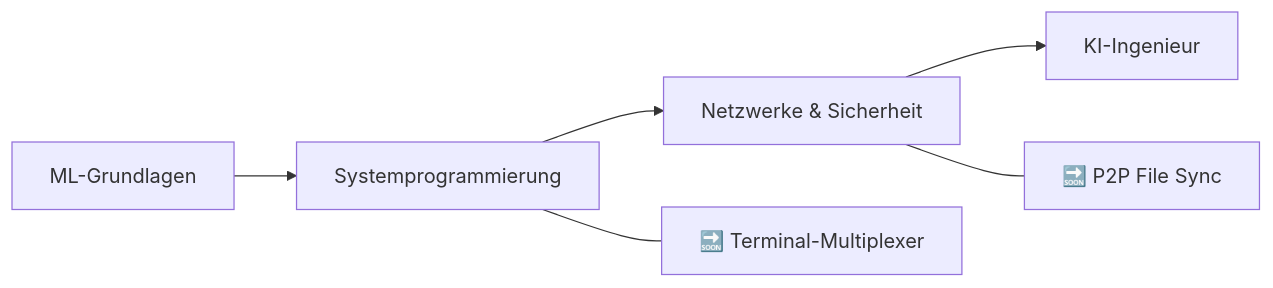
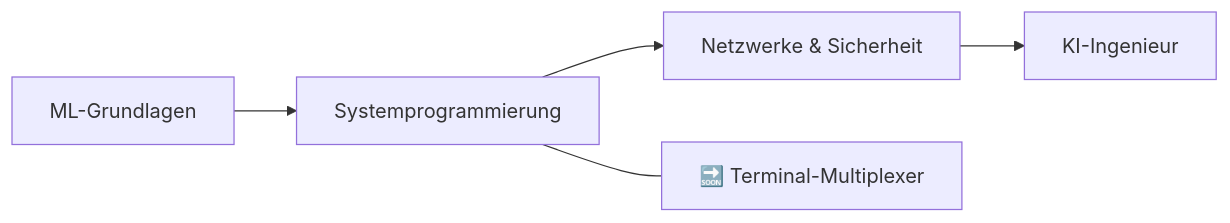
The diagram in README_de.md (zuroking/zuroking), drawn with Mermaid before and after one commit. The commit also changed other lines of this file, not shown here.

````diff
--- a/README_de.md
+++ b/README_de.md
@@ -101,9 +102,8 @@
 ```mermaid
 flowchart LR
     A[ML-Grundlagen] --> B[Systemprogrammierung]
     B --> C[Netzwerke & Sicherheit]
     C --> D[KI-Ingenieur]
 
     B --- B1[🔜 Terminal-Multiplexer]
-    C --- C2[🔜 P2P File Sync]
 ```
````
